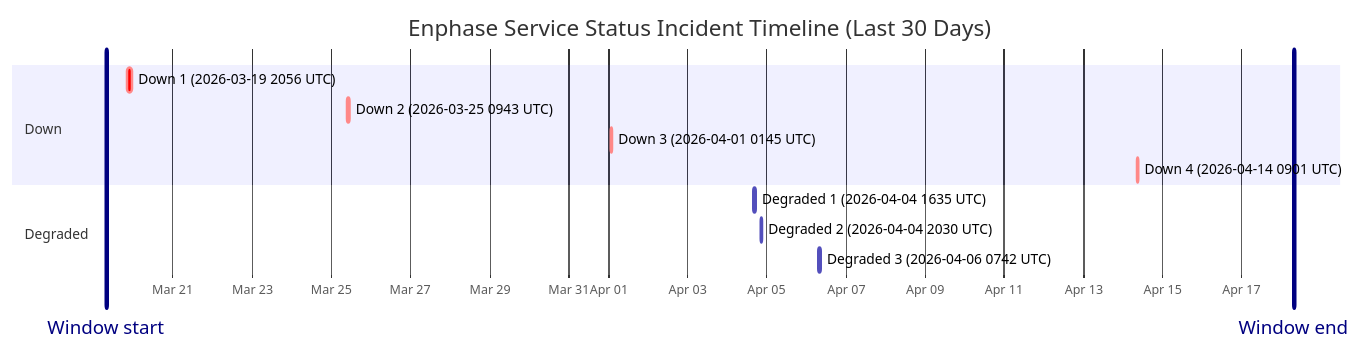
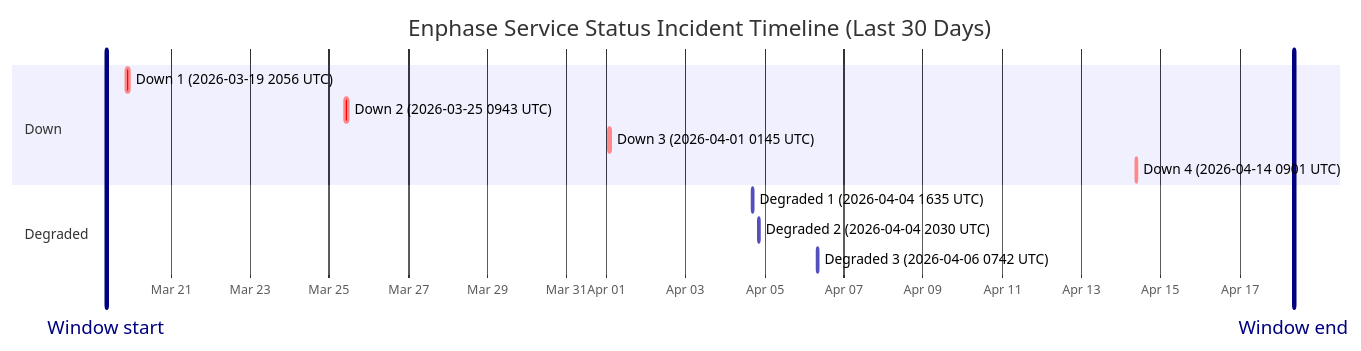
The diagram in wiki/Service-Status-History.md (barneyonline/ha-enphase-ev-charger), drawn with Mermaid before and after one commit. The commit also changed other lines of this file and 3 other files, not shown here.

````diff
--- a/wiki/Service-Status-History.md
+++ b/wiki/Service-Status-History.md
@@ -14,17 +14,17 @@
 ```mermaid
 gantt
     title Enphase Service Status Incident Timeline (Last 30 Days)
     dateFormat  YYYY-MM-DDTHH:mm:ss
     axisFormat  %b %d
-    Window start :vert, window-start, 2026-03-19T07:41:17, 0ms
-    Window end :vert, window-end, 2026-04-18T07:41:17, 0ms
+    Window start :vert, window-start, 2026-03-19T08:50:13, 0ms
+    Window end :vert, window-end, 2026-04-18T08:50:13, 0ms
     section Down
     Down 1 (2026-03-19 2056 UTC) :crit, down-1, 2026-03-19T20:56:20, 145m
     Down 2 (2026-03-25 0943 UTC) :crit, down-2, 2026-03-25T09:43:28, 111m
     Down 3 (2026-04-01 0145 UTC) :crit, down-3, 2026-04-01T01:45:09, 60m
     Down 4 (2026-04-14 0901 UTC) :crit, down-4, 2026-04-14T09:01:13, 60m
     section Degraded
     Degraded 1 (2026-04-04 1635 UTC) :active, degraded-1, 2026-04-04T16:35:17, 60m
     Degraded 2 (2026-04-04 2030 UTC) :active, degraded-2, 2026-04-04T20:30:40, 60m
     Degraded 3 (2026-04-06 0742 UTC) :active, degraded-3, 2026-04-06T07:42:09, 85m
 ```
````
